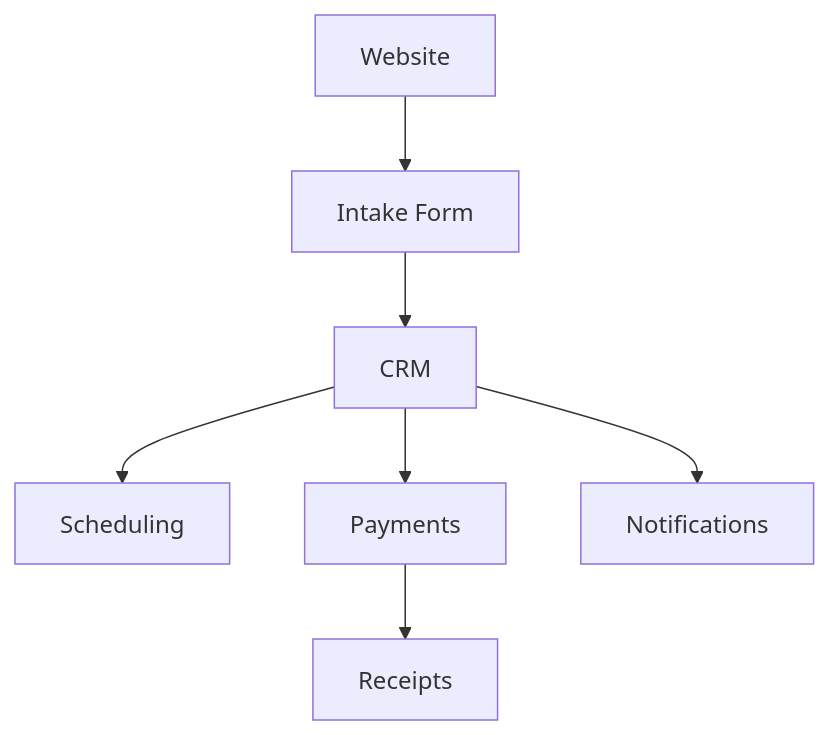
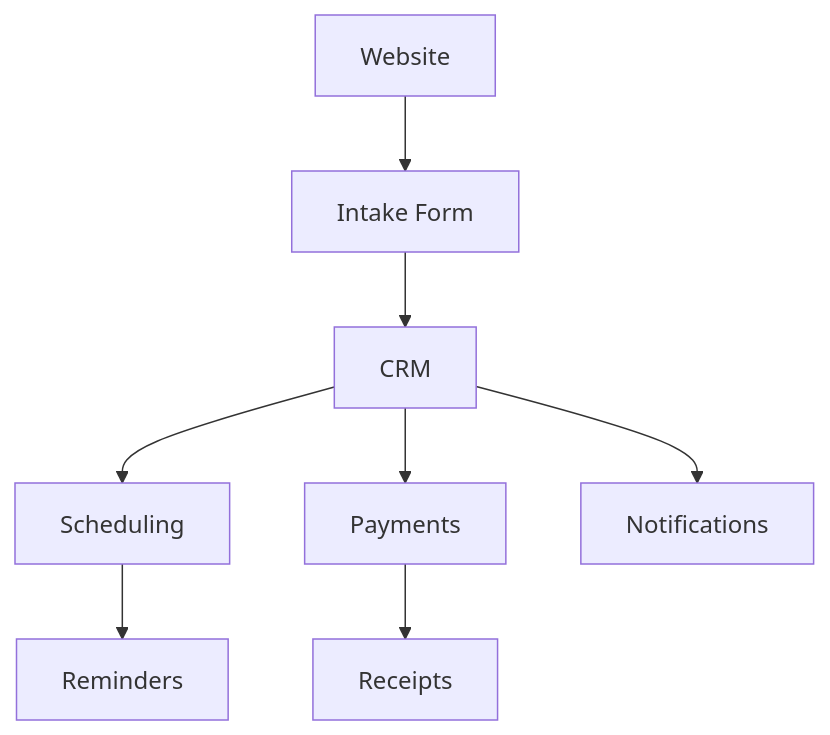
One commit to ackersml/portfolio-system changed the diagram in diagrams/fitness-automation.mmd. Above: the diagram before and after it, drawn with Mermaid. The commit also changed 5 other files, not shown here.

Commit message:
Stabilize Mermaid rendering (use run); enrich diagrams with subgraphs and flows

```diff
--- a/diagrams/fitness-automation.mmd
+++ b/diagrams/fitness-automation.mmd
@@ -1,7 +1,8 @@
 graph TD
   SITE[Website] --> FORM[Intake Form]
   FORM --> CRM[CRM]
   CRM --> SCHED[Scheduling]
   CRM --> PAY[Payments]
   PAY --> RECEIPTS[Receipts]
   CRM --> EMAIL[Notifications]
+  SCHED --> REMINDERS[Reminders]
```
